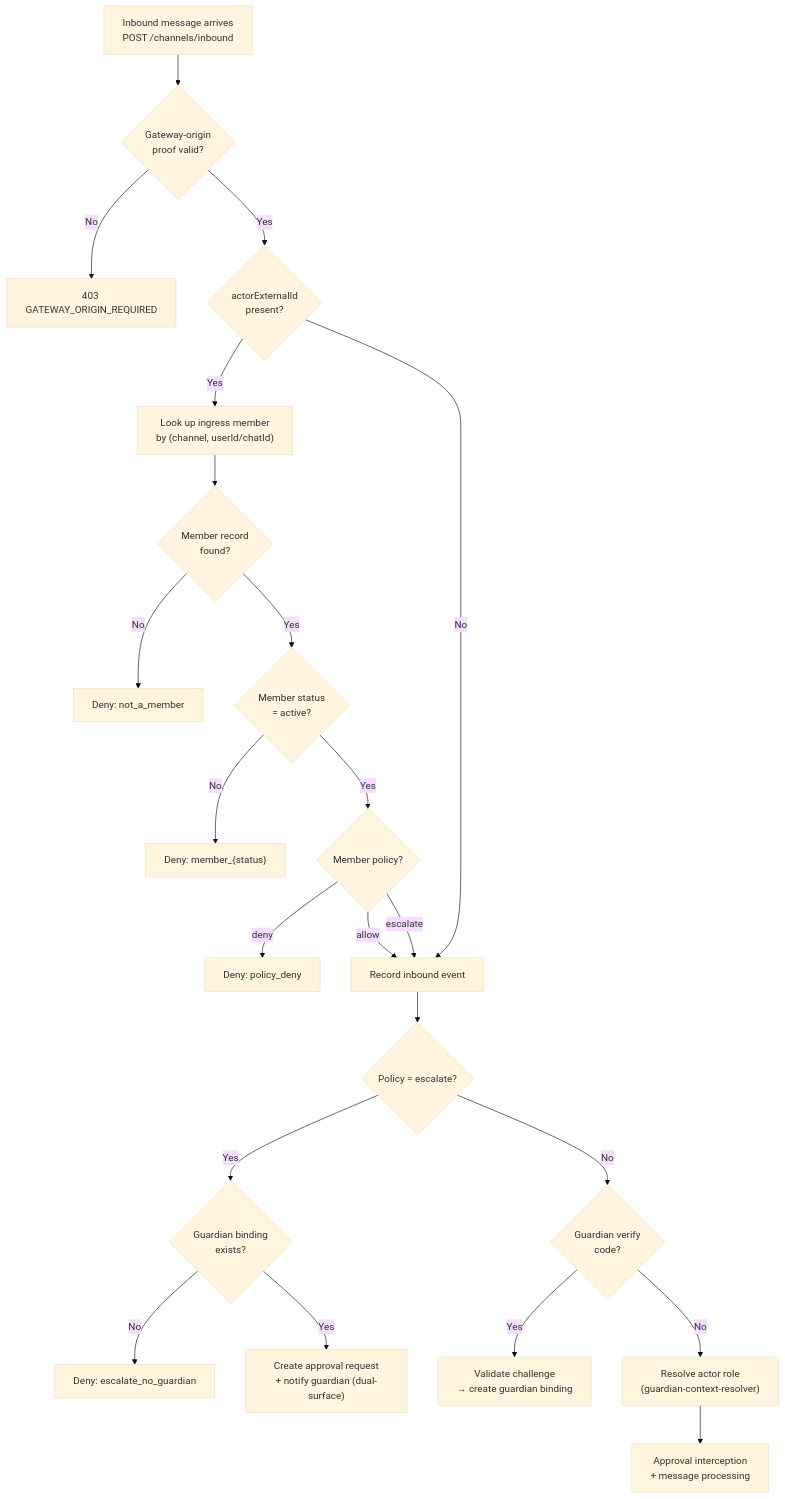
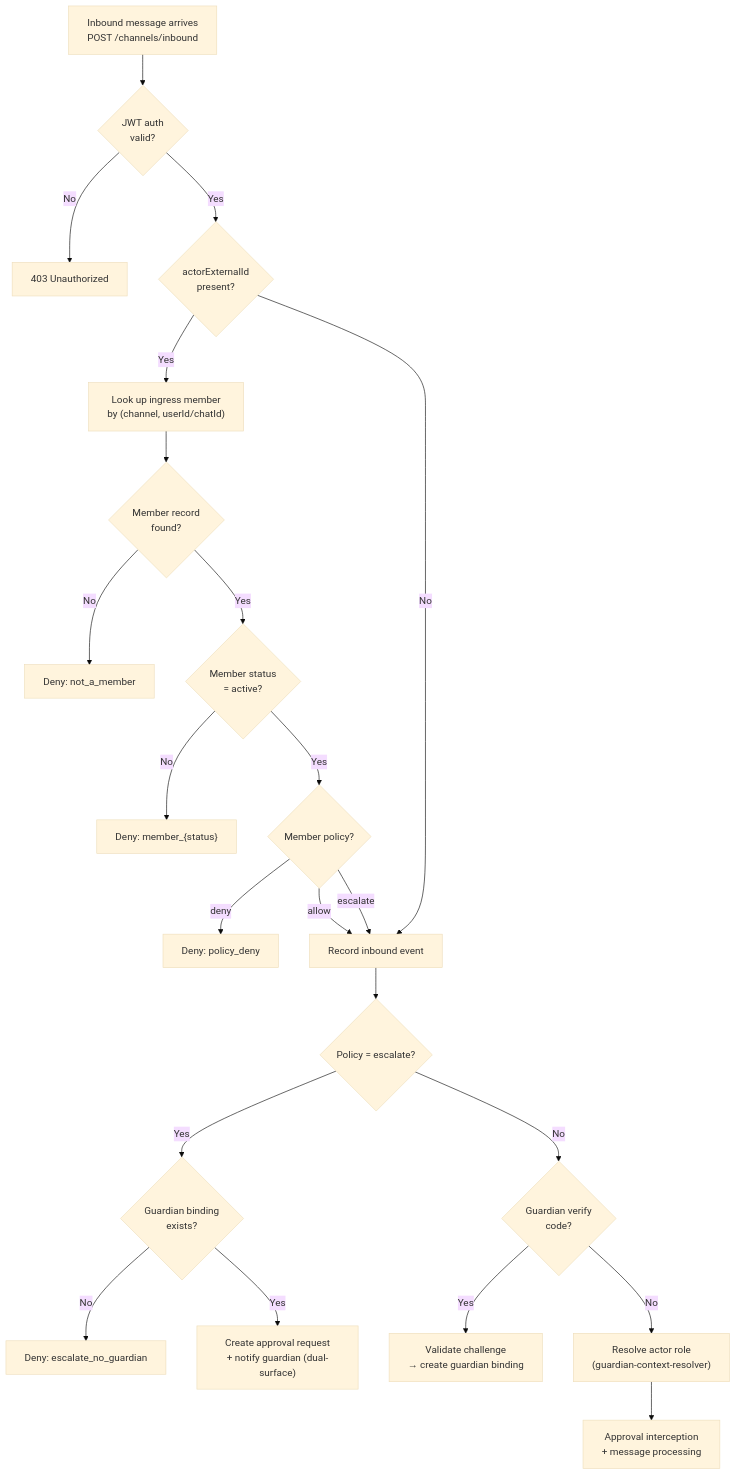
The second of 7 diagrams in gateway/ARCHITECTURE.md (vellum-ai/vellum-assistant), drawn with Mermaid (base theme) before and after one commit. The commit also changed other lines of this file and 19 other files, not shown here.

First line of the commit message:
Remove stale X-Gateway-Origin tests, dead readHttpToken export, and update auth docs

````diff
--- a/gateway/ARCHITECTURE.md
+++ b/gateway/ARCHITECTURE.md
@@ -414,29 +414,29 @@
 ```mermaid
 flowchart TD
-    MSG["Inbound message arrives<br/>POST /channels/inbound"] --> GW_CHECK{"Gateway-origin<br/>proof valid?"}
-    GW_CHECK -- No --> REJECT_403["403 GATEWAY_ORIGIN_REQUIRED"]
+    MSG["Inbound message arrives<br/>POST /channels/inbound"] --> GW_CHECK{"JWT auth<br/>valid?"}
+    GW_CHECK -- No --> REJECT_403["403 Unauthorized"]
     GW_CHECK -- Yes --> HAS_SENDER{"actorExternalId<br/>present?"}
 
     HAS_SENDER -- Yes --> ACL_LOOKUP["Look up ingress member<br/>by (channel, userId/chatId)"]
     HAS_SENDER -- No --> RECORD["Record inbound event"]
 
     ACL_LOOKUP --> HAS_MEMBER{"Member record<br/>found?"}
     HAS_MEMBER -- No --> DENY_MEMBER["Deny: not_a_member"]
     HAS_MEMBER -- Yes --> STATUS_CHECK{"Member status<br/>= active?"}
     STATUS_CHECK -- No --> DENY_STATUS["Deny: member_{status}"]
     STATUS_CHECK -- Yes --> POLICY_CHECK{"Member policy?"}
 
     POLICY_CHECK -- deny --> DENY_POLICY["Deny: policy_deny"]
     POLICY_CHECK -- allow --> RECORD
     POLICY_CHECK -- escalate --> RECORD
 
     RECORD --> ESCALATE_CHECK{"Policy = escalate?"}
     ESCALATE_CHECK -- Yes --> HAS_BINDING{"Guardian binding<br/>exists?"}
     HAS_BINDING -- No --> DENY_ESCALATE["Deny: escalate_no_guardian"]
     HAS_BINDING -- Yes --> CREATE_APPROVAL["Create approval request<br/>+ notify guardian (dual-surface)"]
 
     ESCALATE_CHECK -- No --> VERIFY_CHECK{"Guardian verify<br/>code?"}
     VERIFY_CHECK -- Yes --> VERIFY["Validate challenge<br/>→ create guardian binding"]
     VERIFY_CHECK -- No --> ROLE_RESOLVE["Resolve actor role<br/>(guardian-context-resolver)"]
     ROLE_RESOLVE --> APPROVAL_INTERCEPT["Approval interception<br/>+ message processing"]
 ```
````
